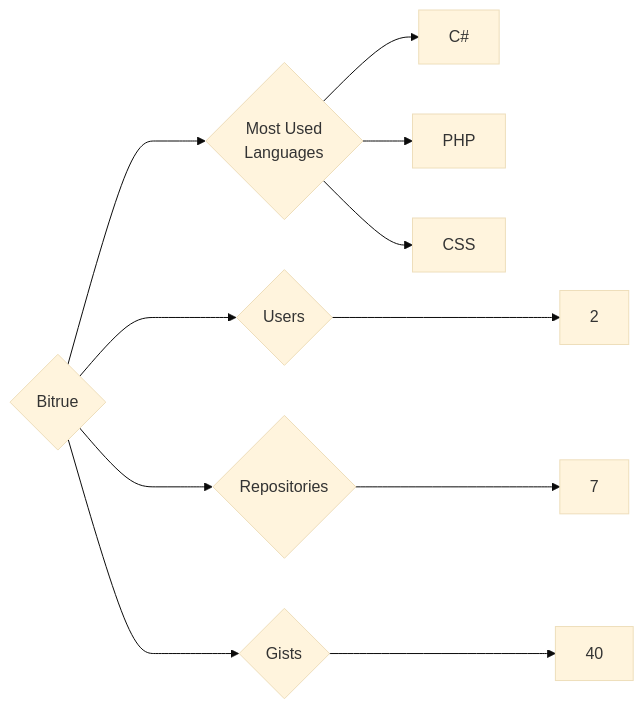
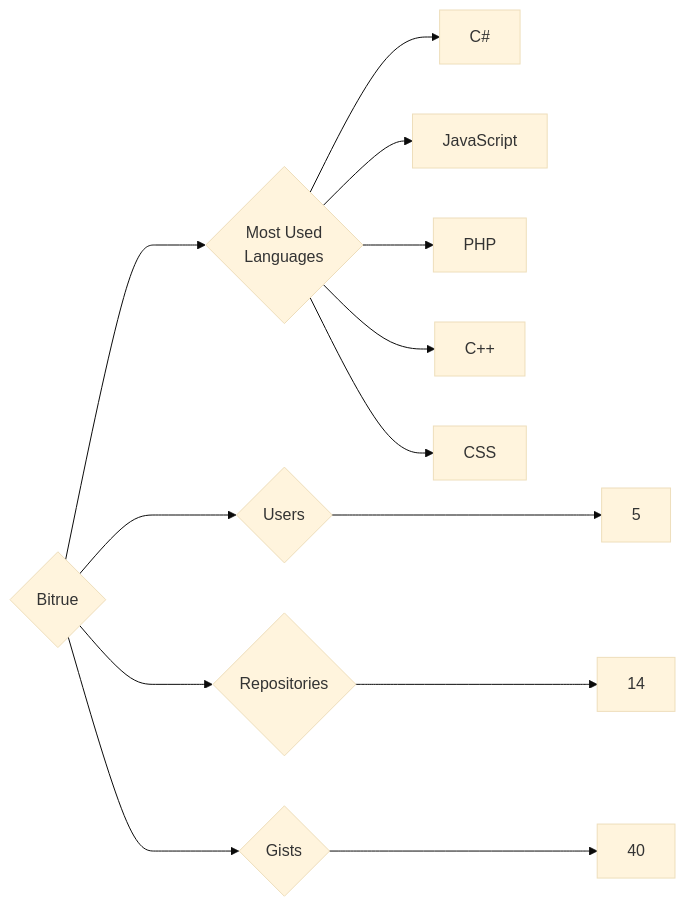
The diagram in targets/Bitrue/README.md (trickest/insiders), drawn with Mermaid (base theme) before and after one commit. The commit also changed 938 other files, not shown here.

````diff
--- a/targets/Bitrue/README.md
+++ b/targets/Bitrue/README.md
@@ -3,11 +3,13 @@
 ```mermaid
 graph LR
 COMPANY_NAME{Bitrue}
-COMPANY_NAME ---> U{Users} ---> UN[2]
-COMPANY_NAME ---> R{Repositories} ---> RN[7]
+COMPANY_NAME ---> U{Users} ---> UN[5]
+COMPANY_NAME ---> R{Repositories} ---> RN[14]
 COMPANY_NAME ---> G{Gists} ---> GN[40]
 COMPANY_NAME ---> ML{Most Used<br>Languages}
 ML --> C#[C#]
+ML --> JavaScript[JavaScript]
 ML --> PHP[PHP]
+ML --> C++[C++]
 ML --> CSS[CSS]
 ```
````
